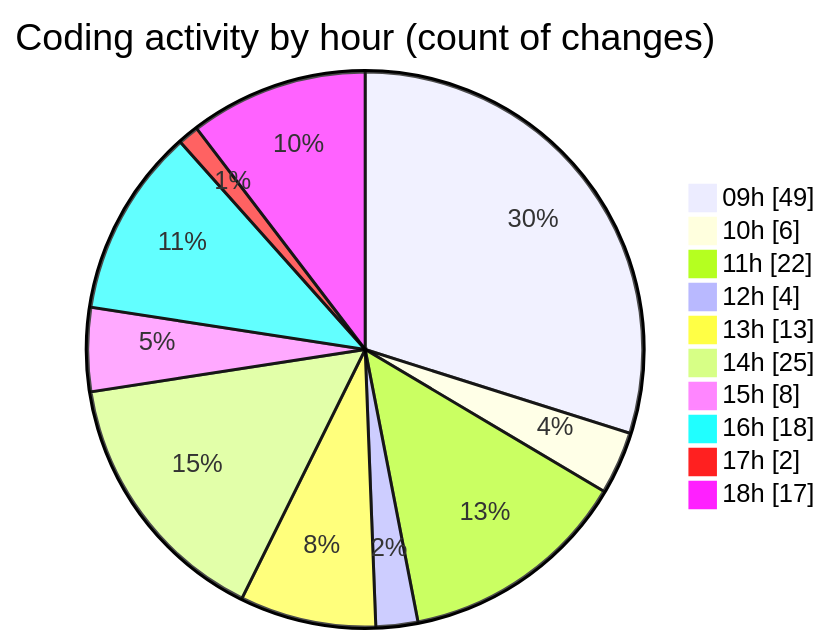
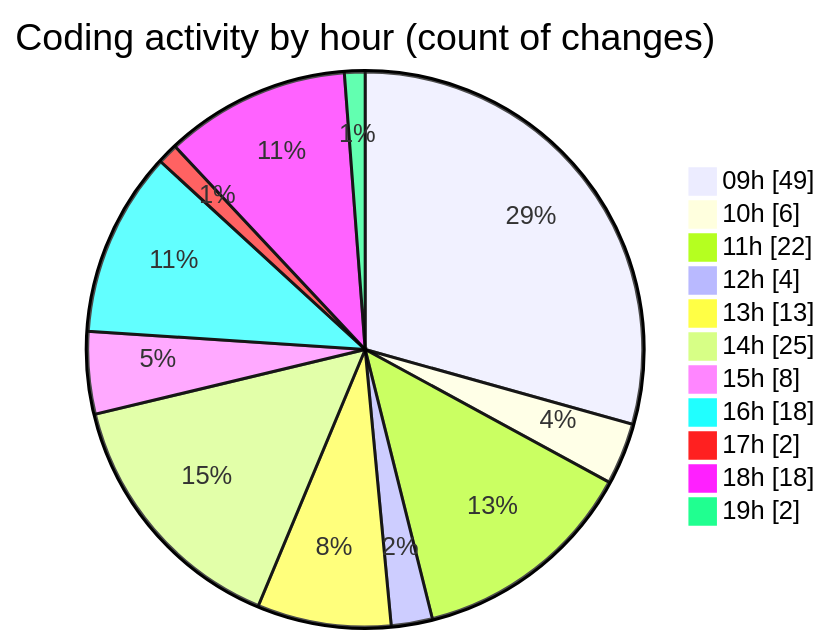
One commit to momahboobian/code-tracking changed the second of 2 diagrams in 2026-06-17/cda/README.md. Above: the diagram before and after it, drawn with Mermaid. The commit also changed other lines of this file and 1 other file, not shown here.

````diff
--- a/2026-06-17/cda/README.md
+++ b/2026-06-17/cda/README.md
@@ -68,14 +68,15 @@
 ```mermaid
 pie showData
 title Coding activity by hour (count of changes)
 "09h" : 49
 "10h" : 6
 "11h" : 22
 "12h" : 4
 "13h" : 13
 "14h" : 25
 "15h" : 8
 "16h" : 18
 "17h" : 2
-"18h" : 17
+"18h" : 18
+"19h" : 2
 ```
````
